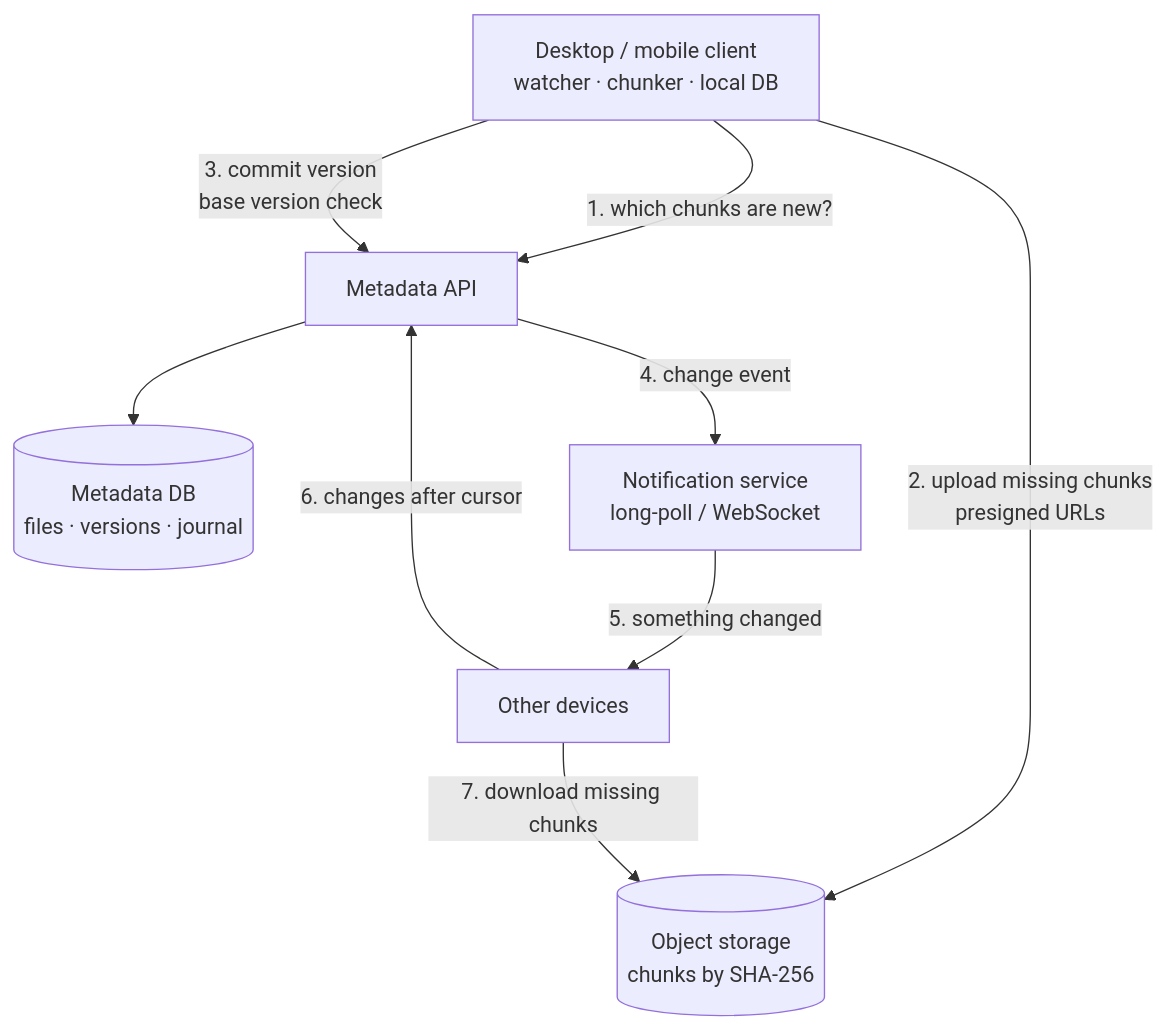
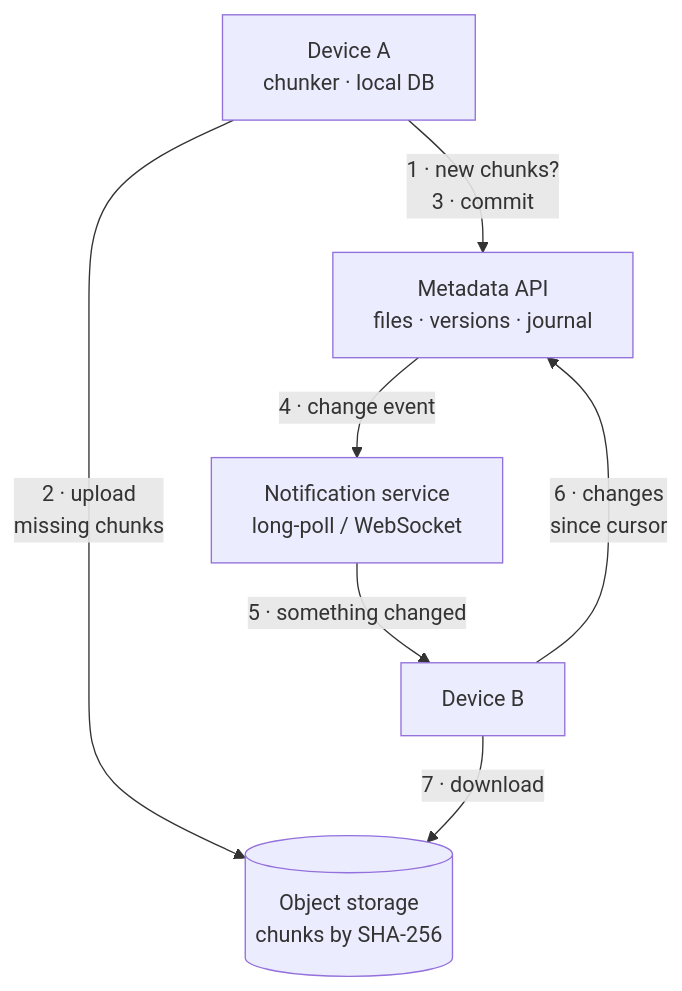
One commit to dhaval-76/engineering-field-guide changed the diagram in src/content/topics/system-design/file-storage/diagrams/file-sync.mmd. Above: the diagram before and after it, drawn with Mermaid. The commit also changed 22 other files, not shown here.

Commit message:
System design diagrams: narrow layouts for phones

```diff
--- a/src/content/topics/system-design/file-storage/diagrams/file-sync.mmd
+++ b/src/content/topics/system-design/file-storage/diagrams/file-sync.mmd
@@ -1,9 +1,7 @@
 flowchart TD
-  C[Desktop / mobile client<br/>watcher · chunker · local DB] -- 1. which chunks are new? --> API[Metadata API]
-  API --> MDB[(Metadata DB<br/>files · versions · journal)]
-  C -- 2. upload missing chunks<br/>presigned URLs --> OBJ[(Object storage<br/>chunks by SHA-256)]
-  C -- 3. commit version<br/>base version check --> API
-  API -- 4. change event --> NS[Notification service<br/>long-poll / WebSocket]
-  NS -- 5. something changed --> C2[Other devices]
-  C2 -- 6. changes after cursor --> API
-  C2 -- 7. download missing chunks --> OBJ
+  C[Device A<br/>chunker · local DB] -- "1 · new chunks?<br/>3 · commit" --> API[Metadata API<br/>files · versions · journal]
+  C -- "2 · upload<br/>missing chunks" --> OBJ[(Object storage<br/>chunks by SHA-256)]
+  API -- "4 · change event" --> NS[Notification service<br/>long-poll / WebSocket]
+  NS -- "5 · something changed" --> C2[Device B]
+  C2 -- "6 · changes<br/>since cursor" --> API
+  C2 -- "7 · download" --> OBJ
```
